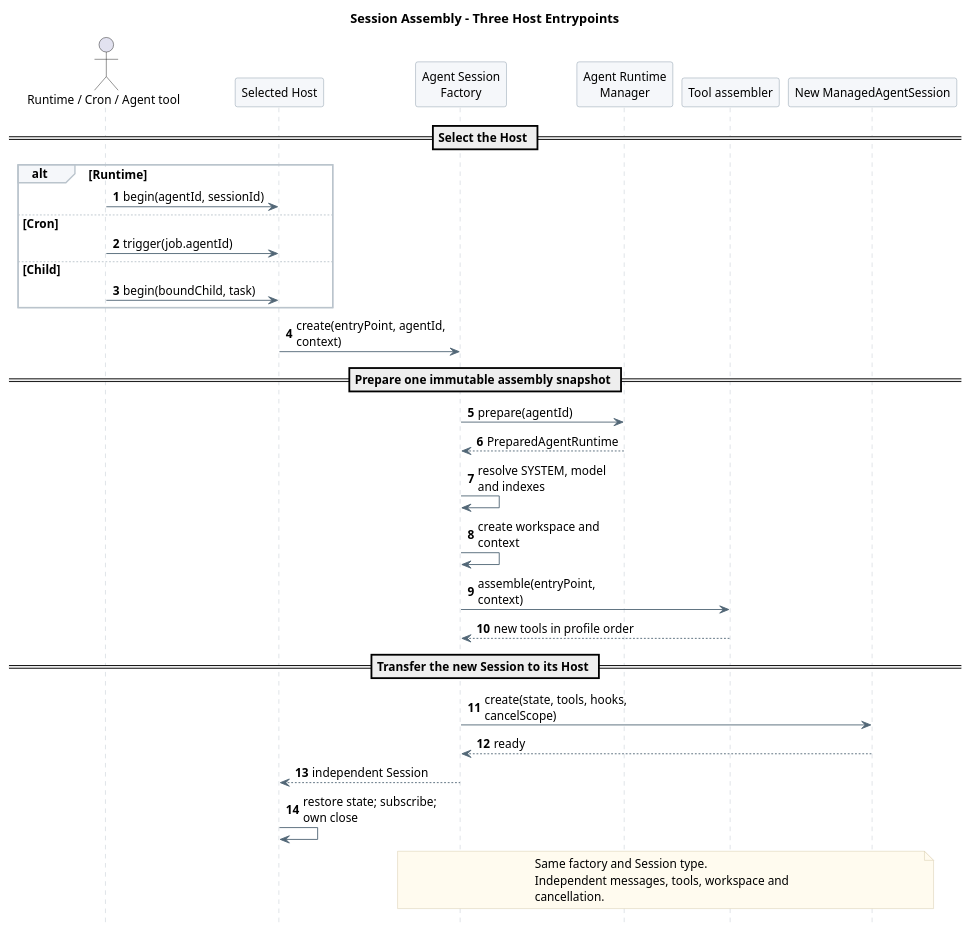
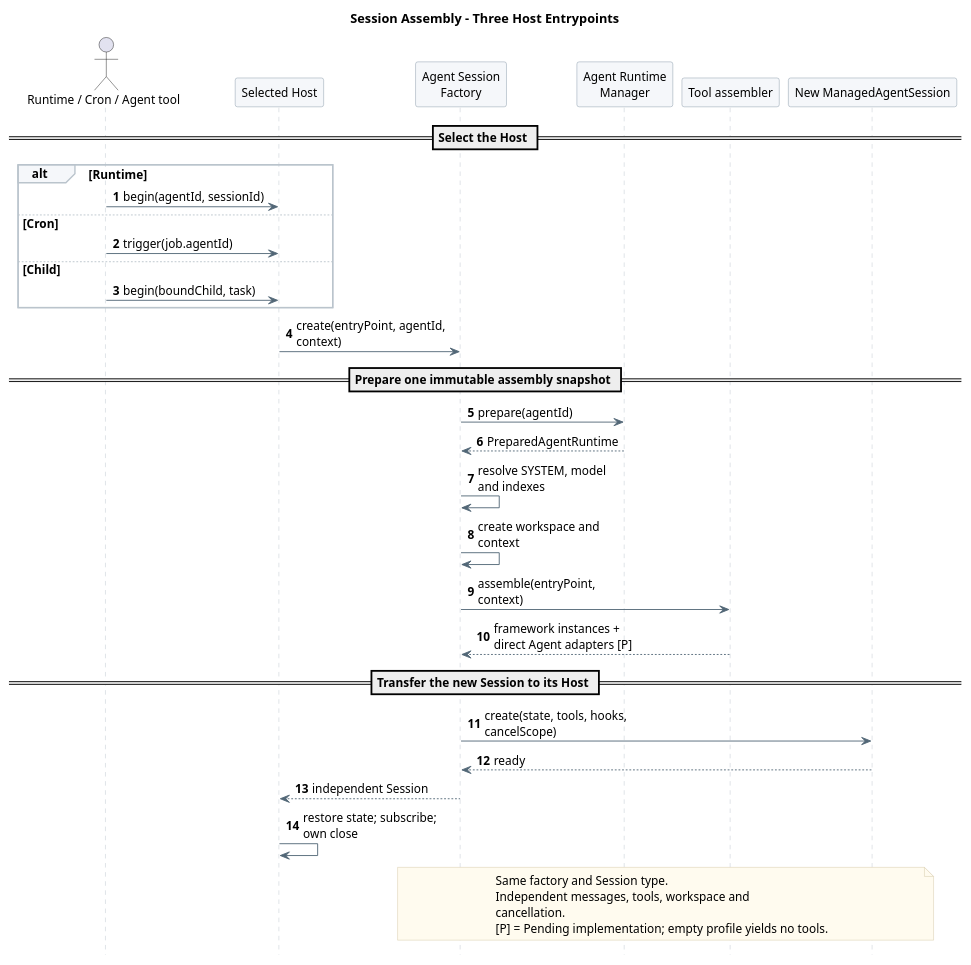
The second of 11 diagrams in 01-总体架构/02-CampusClaw工具系统/diagram.puml (ssm0808/pi-mono-java-design), drawn with PlantUML before and after one commit. The commit also changed other lines of this file and 18 other files, not shown here.

Commit message:
docs(tools): 设计 Agent 工具代理与 Skill 渐进发现

```diff
--- a/01-总体架构/02-CampusClaw工具系统/diagram.puml
+++ b/01-总体架构/02-CampusClaw工具系统/diagram.puml
@@ -120,59 +140,60 @@
 @startuml agent_session_assembly
 skinparam backgroundColor white
 skinparam defaultFontName SansSerif
 skinparam defaultFontSize 13
 skinparam shadowing false
 skinparam sequenceMessageAlign left
 skinparam maxMessageSize 165
 skinparam sequenceArrowColor #526777
 skinparam sequenceLifeLineBorderColor #BAC4CC
 skinparam sequenceParticipantBackgroundColor #F5F7FA
 skinparam sequenceParticipantBorderColor #8496A4
 skinparam sequenceGroupBackgroundColor #F5F7FA
 skinparam sequenceGroupBorderColor #BAC4CC
 skinparam noteBackgroundColor #FFFBEF
 skinparam noteBorderColor #D2C6A5
 hide footbox
 autonumber
 ' Source evidence (CampusClaw d649866):
 ' modules/coding-agent-cli/src/main/java/com/campusclaw/codingagent/runtime/AgentRuntimeManager.java: prepare
 ' modules/coding-agent-cli/src/main/java/com/campusclaw/codingagent/runtimeapi/runtime/RuntimeSessionEngineRegistry.java
 ' modules/coding-agent-cli/src/main/java/com/campusclaw/codingagent/session/AgentSession.java: initialize
 ' Observed behavior: current entry paths do not share one small session factory.
 ' Design reason: parent and child use the same AgentSession type and factory but
 ' receive different instances, state, workspaces, tools, and cancellation scopes.
 title Session Assembly - Three Host Entrypoints
 
 actor "Runtime / Cron / Agent tool" as Caller
 participant "Selected Host" as Host
 participant "Agent Session\nFactory" as Factory
 participant "Agent Runtime\nManager" as Manager
 participant "Tool assembler" as Tools
 participant "New ManagedAgentSession" as Session
 == Select the Host ==
 alt Runtime
   Caller -> Host : begin(agentId, sessionId)
 else Cron
   Caller -> Host : trigger(job.agentId)
 else Child
   Caller -> Host : begin(boundChild, task)
 end
 Host -> Factory : create(entryPoint, agentId, context)
 == Prepare one immutable assembly snapshot ==
 Factory -> Manager : prepare(agentId)
 Manager --> Factory : PreparedAgentRuntime
 Factory -> Factory : resolve SYSTEM, model and indexes
 Factory -> Factory : create workspace and context
 Factory -> Tools : assemble(entryPoint, context)
-Tools --> Factory : new tools in profile order
+Tools --> Factory : framework instances + direct Agent adapters [P]
 == Transfer the new Session to its Host ==
 Factory -> Session : create(state, tools, hooks, cancelScope)
 Session --> Factory : ready
 Factory --> Host : independent Session
 Host -> Host : restore state; subscribe; own close
 note over Factory,Session
   Same factory and Session type.
   Independent messages, tools, workspace and
   cancellation.
+  [P] = Pending implementation; empty profile yields no tools.
 end note
 @enduml
```
